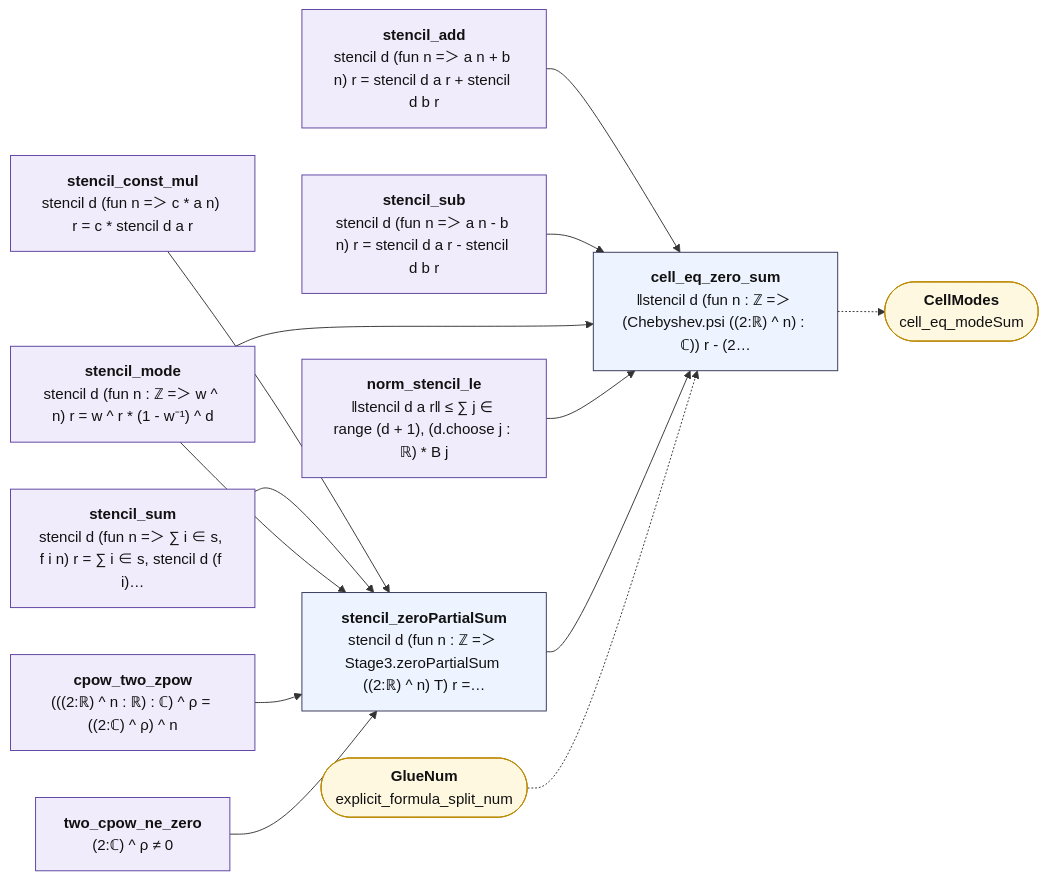
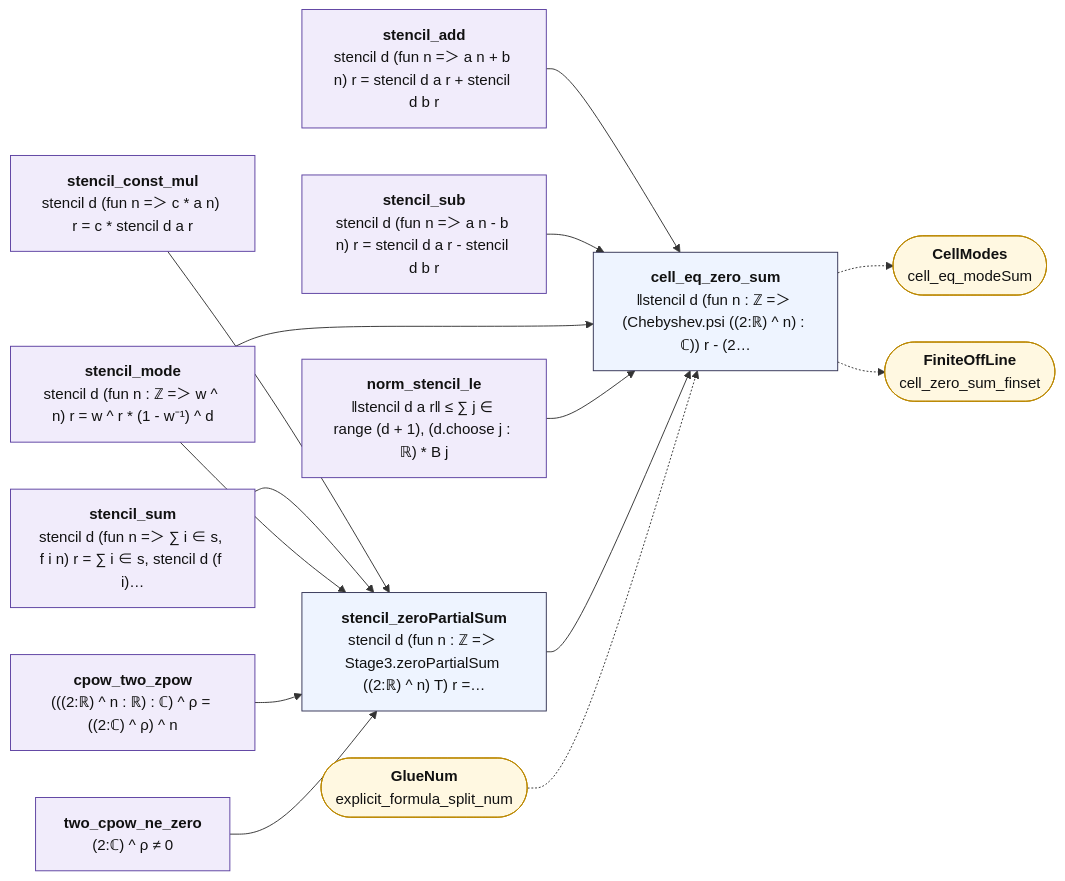
One commit to juliansambranojr/Primebeat_081426 changed the diagram in map/lean_stage3/CellZeros.md. Above: the diagram before and after it, drawn with Mermaid. The commit also changed other lines of this file and 54 other files, not shown here.

````diff
--- a/map/lean_stage3/CellZeros.md
+++ b/map/lean_stage3/CellZeros.md
@@ -12,35 +12,37 @@
 ```mermaid
 flowchart LR
   n0["<b>stencil_add</b><br/>stencil d (fun n =＞ a n + b n) r = stencil d a r + stencil d b r"]:::shp
   n1["<b>stencil_sub</b><br/>stencil d (fun n =＞ a n - b n) r = stencil d a r - stencil d b r"]:::shp
   n2["<b>stencil_const_mul</b><br/>stencil d (fun n =＞ c * a n) r = c * stencil d a r"]:::shp
   n3["<b>stencil_sum</b><br/>stencil d (fun n =＞ ∑ i ∈ s, f i n) r = ∑ i ∈ s, stencil d (f i)…"]:::shp
   n4["<b>stencil_mode</b><br/>stencil d (fun n : ℤ =＞ w ^ n) r = w ^ r * (1 - w⁻¹) ^ d"]:::shp
   n5["<b>norm_stencil_le</b><br/>‖stencil d a r‖ ≤ ∑ j ∈ range (d + 1), (d.choose j : ℝ) * B j"]:::shp
   n6["<b>cpow_two_zpow</b><br/>(((2:ℝ) ^ n : ℝ) : ℂ) ^ ρ = ((2:ℂ) ^ ρ) ^ n"]:::shp
   n7["<b>two_cpow_ne_zero</b><br/>(2:ℂ) ^ ρ ≠ 0"]:::shp
   n8["<b>stencil_zeroPartialSum</b><br/>stencil d (fun n : ℤ =＞ Stage3.zeroPartialSum ((2:ℝ) ^ n) T) r =…"]:::thm
   n9["<b>cell_eq_zero_sum</b><br/>‖stencil d (fun n : ℤ =＞ (Chebyshev.psi ((2:ℝ) ^ n) : ℂ)) r - (2…"]:::thm
   x0(["<b>GlueNum</b><br/>explicit_formula_split_num"]):::ext
   x1(["<b>CellModes</b><br/>cell_eq_modeSum"]):::ext
+  x2(["<b>FiniteOffLine</b><br/>cell_zero_sum_finset"]):::ext
   n0 --> n9
   n1 --> n9
   n2 --> n8
   n3 --> n8
   n4 --> n8
   n4 --> n9
   n5 --> n9
   n6 --> n8
   n7 --> n8
   n8 --> n9
   n9 -.-> x1
+  n9 -.-> x2
   x0 -.-> n9
   classDef cnt fill:#dff5ec,stroke:#17694a,color:#111
   classDef shp fill:#f1ecfb,stroke:#5b3fa0,color:#111
   classDef rh fill:#ffe5e5,stroke:#c22,color:#111,stroke-width:2px
   classDef thm fill:#eef4ff,stroke:#335,color:#111
   classDef end_ fill:#e7f7e7,stroke:#2a7,color:#111,stroke-width:2px
   classDef lone fill:#fff,stroke:#999,color:#111,stroke-dasharray:4 3
   classDef bad fill:#ffe5e5,stroke:#c22,color:#111,stroke-width:2px
   classDef ext fill:#fff8e1,stroke:#b80,color:#111
 ```
````
